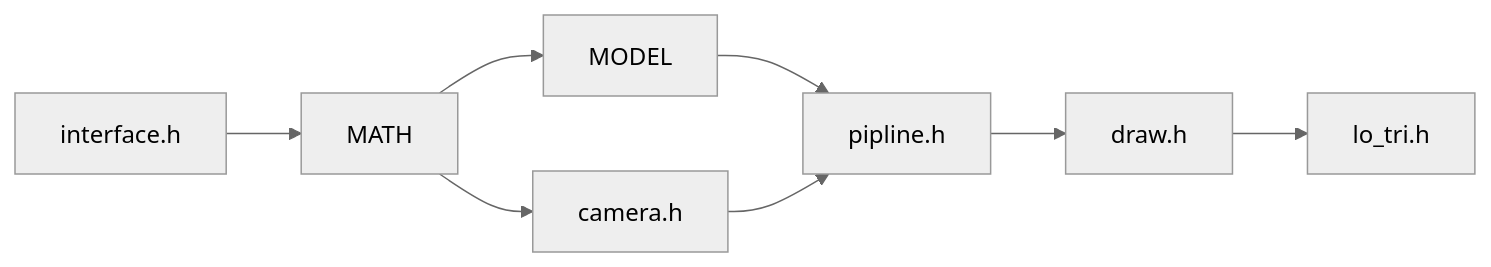
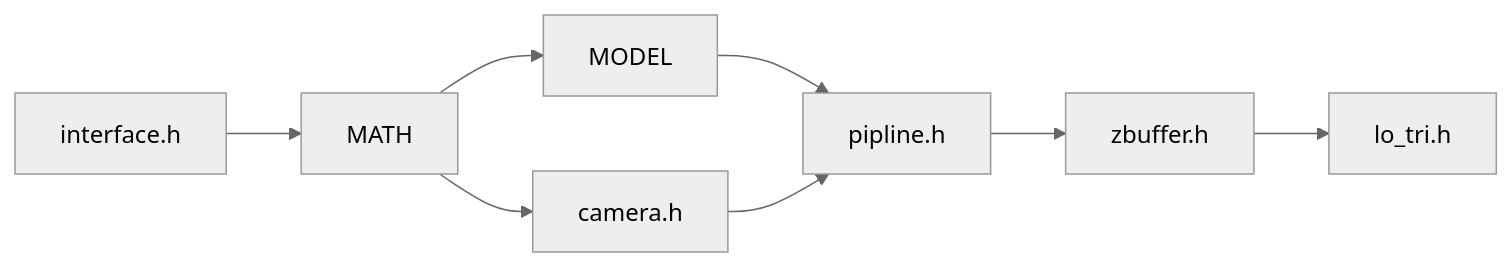
The first of 4 diagrams in src/jasmin/lo_tri/README.md (ShilianShen/Jasmin), drawn with Mermaid (neutral theme) before and after one commit. The commit also changed other lines of this file and 18 other files, not shown here.

````diff
--- a/src/jasmin/lo_tri/README.md
+++ b/src/jasmin/lo_tri/README.md
@@ -3,7 +3,7 @@
 ```mermaid
 graph LR
     interface.h --> MATH
     MATH --> MODEL --> pipline.h
     MATH -->camera.h --> pipline.h
-    pipline.h --> draw.h --> lo_tri.h
+    pipline.h --> zbuffer.h --> lo_tri.h
 ```
````
